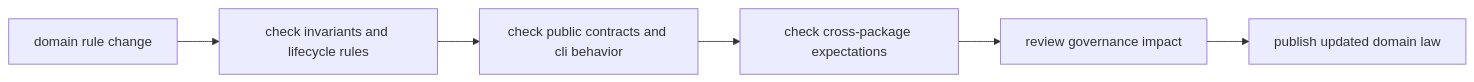
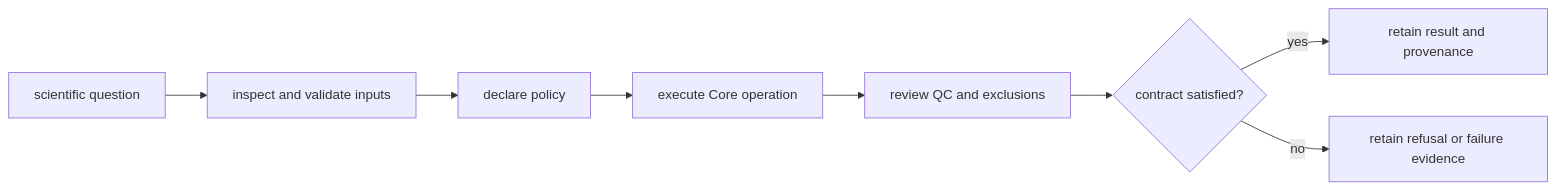
The diagram in docs/04-bijux-proteomics-core/operations/index.md (bijux/bijux-proteomics), drawn with Mermaid before and after one commit. The commit also changed other lines of this file and 3 other files, not shown here.

Commit message:
docs(core): expose scientific workflow review paths

````diff
--- a/docs/04-bijux-proteomics-core/operations/index.md
+++ b/docs/04-bijux-proteomics-core/operations/index.md
@@ -17,11 +17,10 @@
 ```mermaid
 flowchart LR
-    proposal["domain rule change"]
-    invariants["check invariants and lifecycle rules"]
-    interfaces["check public contracts and cli behavior"]
-    neighbors["check cross-package expectations"]
-    review["review governance impact"]
-    release["publish updated domain law"]
-
-    proposal --> invariants --> interfaces --> neighbors --> review --> release
+    Q["scientific question"] --> I["inspect and validate inputs"]
+    I --> P["declare policy"]
+    P --> X["execute Core operation"]
+    X --> V["review QC and exclusions"]
+    V --> D{"contract satisfied?"}
+    D -->|yes| A["retain result and provenance"]
+    D -->|no| F["retain refusal or failure evidence"]
 ```
````
